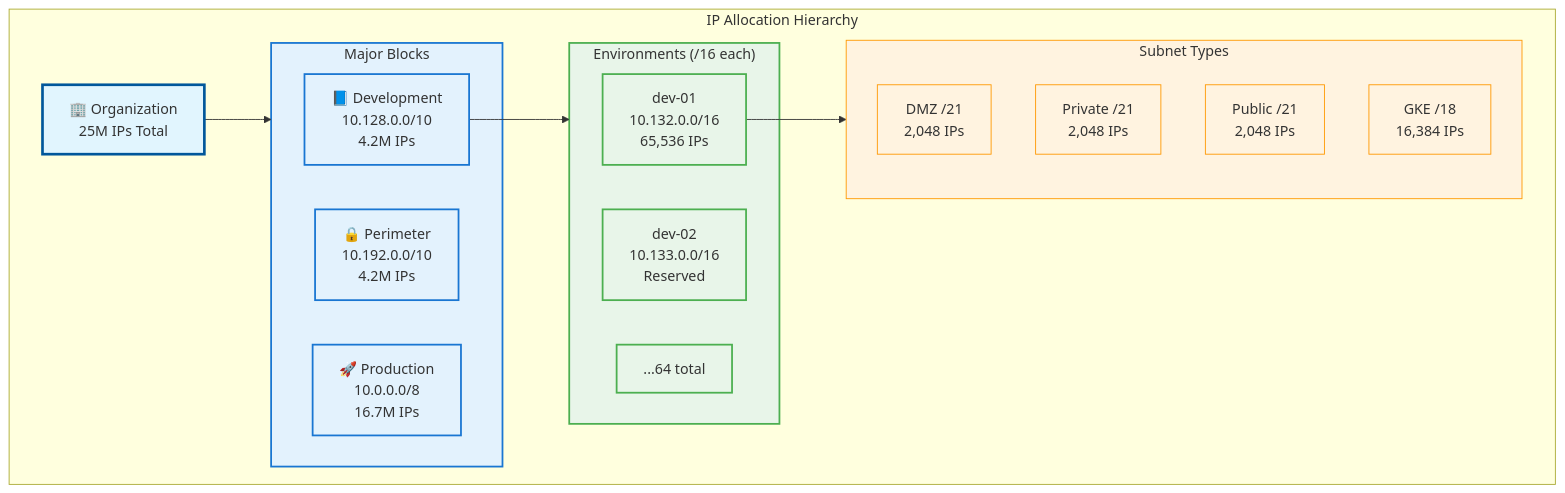
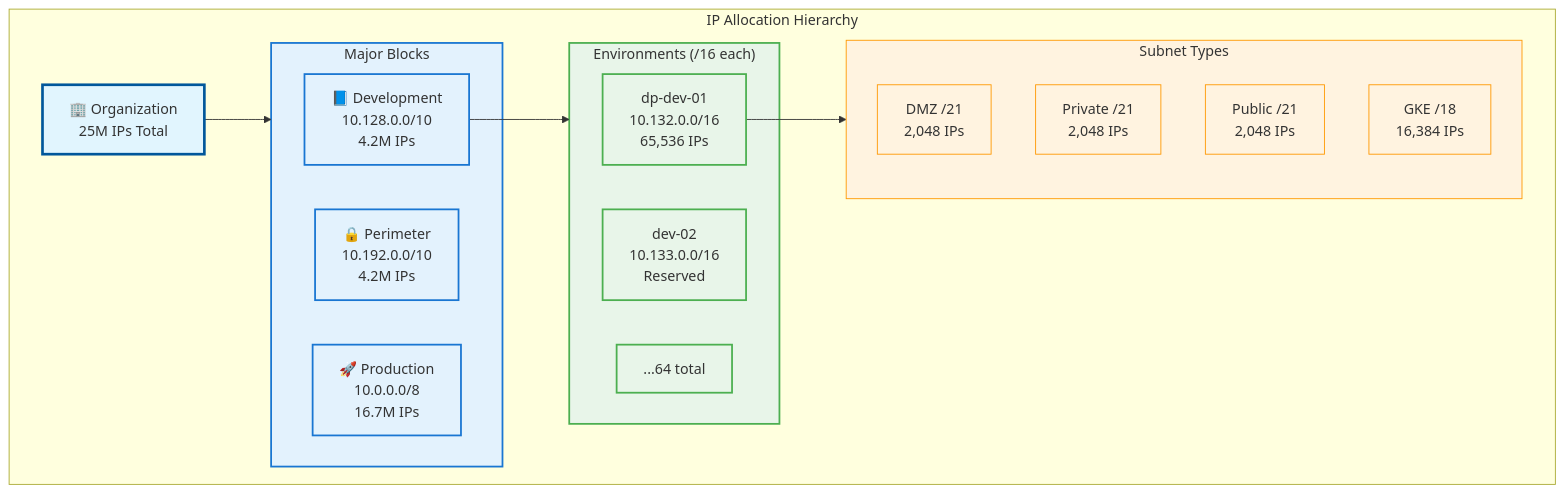
Before and after one commit to spolspol/terragrunt-gcp-org-automation: the second of 9 diagrams in docs/IP_ALLOCATION.md, drawn with Mermaid. The commit also changed other lines of this file and 243 other files, not shown here.

````diff
--- a/docs/IP_ALLOCATION.md
+++ b/docs/IP_ALLOCATION.md
@@ -42,39 +42,39 @@
 ```mermaid
 flowchart TB
     subgraph "IP Allocation Hierarchy"
         ORG["🏢 Organization<br/>25M IPs Total"]
         
         subgraph BLOCKS["Major Blocks"]
             DEV["📘 Development<br/>10.128.0.0/10<br/>4.2M IPs"]
             PERIM["🔒 Perimeter<br/>10.192.0.0/10<br/>4.2M IPs"]
             PROD["🚀 Production<br/>10.0.0.0/8<br/>16.7M IPs"]
         end
         
         subgraph ENVS["Environments (/16 each)"]
-            DEV01["dev-01<br/>10.132.0.0/16<br/>65,536 IPs"]
+            DEV01["dp-dev-01<br/>10.132.0.0/16<br/>65,536 IPs"]
             DEV02["dev-02<br/>10.133.0.0/16<br/>Reserved"]
             MORE["...64 total"]
         end
         
         subgraph SUBNETS["Subnet Types"]
             DMZ["DMZ /21<br/>2,048 IPs"]
             PRIV["Private /21<br/>2,048 IPs"]
             PUB["Public /21<br/>2,048 IPs"]
             GKE["GKE /18<br/>16,384 IPs"]
         end
     end
     
     ORG --> BLOCKS
     DEV --> ENVS
     DEV01 --> SUBNETS
     
     classDef org fill:#E1F5FE,stroke:#01579B,stroke-width:3px
     classDef block fill:#E3F2FD,stroke:#1976D2,stroke-width:2px
     classDef env fill:#E8F5E9,stroke:#4CAF50,stroke-width:2px
     classDef subnet fill:#FFF3E0,stroke:#FF9800,stroke-width:1px
     
     class ORG org
     class BLOCKS,DEV,PERIM,PROD block
     class ENVS,DEV01,DEV02,MORE env
     class SUBNETS,DMZ,PRIV,PUB,GKE subnet
 ```
````
